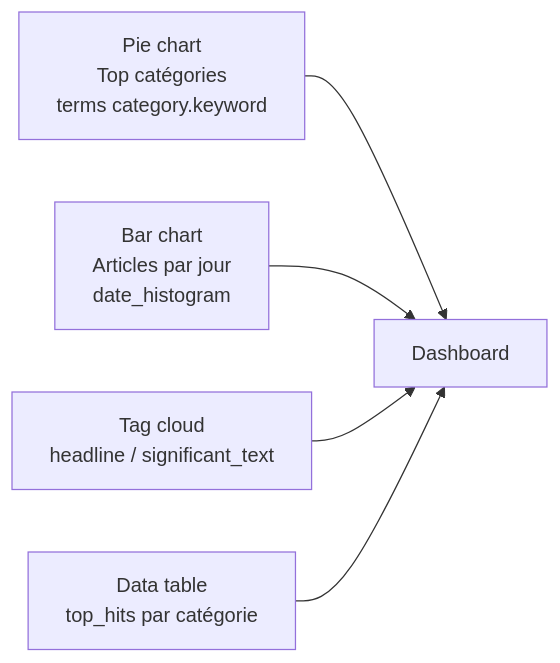
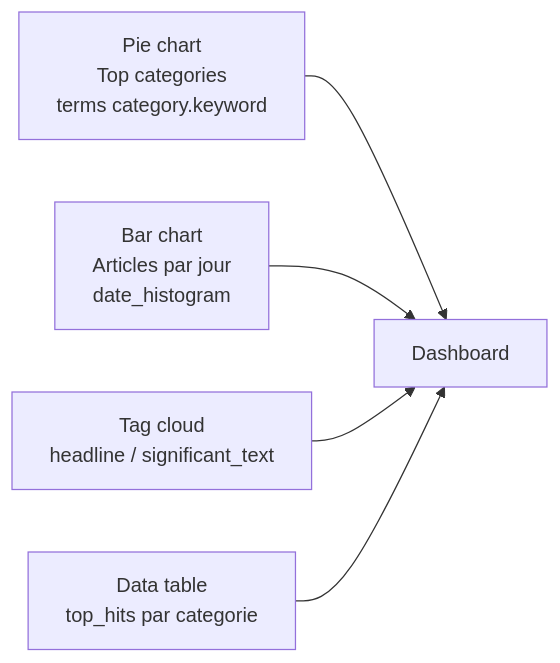
The diagram in docs2-cours1/17-labo2-rapport-dsl-news.md (haythem-rehouma/Elastic-Search-0), drawn with Mermaid before and after one commit. The commit also changed other lines of this file and 49 other files, not shown here.

````diff
--- a/docs2-cours1/17-labo2-rapport-dsl-news.md
+++ b/docs2-cours1/17-labo2-rapport-dsl-news.md
@@ -471,7 +471,7 @@
 ```mermaid
 flowchart LR
-    A[Pie chart<br/>Top catégories<br/>terms category.keyword] --> D[Dashboard]
-    B[Bar chart<br/>Articles par jour<br/>date_histogram] --> D
-    C[Tag cloud<br/>headline / significant_text] --> D
-    E[Data table<br/>top_hits par catégorie] --> D
+    A["Pie chart<br/>Top categories<br/>terms category.keyword"] --> D["Dashboard"]
+    B["Bar chart<br/>Articles par jour<br/>date_histogram"] --> D
+    C["Tag cloud<br/>headline / significant_text"] --> D
+    E["Data table<br/>top_hits par categorie"] --> D
 ```
````
